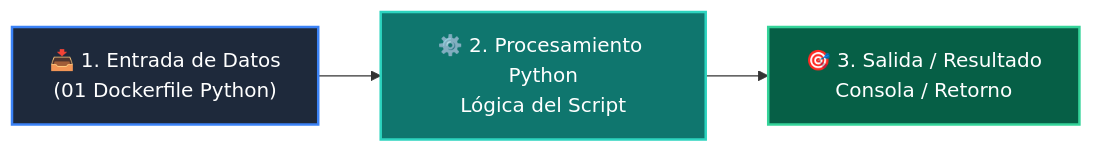
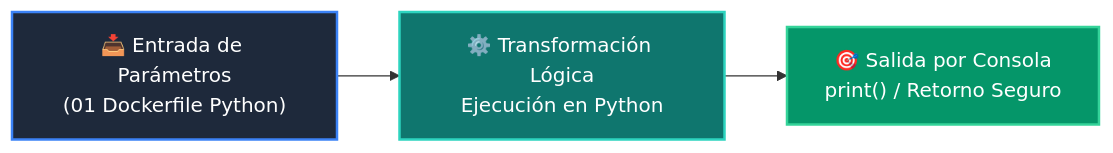
One commit to wisrovi/wisrovi-python changed the diagram in 04-proyecto-final/clase-07-docker-y-compose/ejemplos/ejemplo_01_dockerfile_python/README.md. Above: the diagram before and after it, drawn with Mermaid. The commit also changed other lines of this file and 226 other files, not shown here.

Commit message:
docs: elevate all repository READMEs to world-class mastery standard with rich pedagogical architecture, custom Mermaids, and professional styling

````diff
--- a/04-proyecto-final/clase-07-docker-y-compose/ejemplos/ejemplo_01_dockerfile_python/README.md
+++ b/04-proyecto-final/clase-07-docker-y-compose/ejemplos/ejemplo_01_dockerfile_python/README.md
@@ -12,9 +19,9 @@
 ```mermaid
 flowchart LR
-    A["📥 1. Entrada de Datos<br/>(01 Dockerfile Python)"] --> B["⚙️ 2. Procesamiento Python<br/>Lógica del Script"]
-    B --> C["🎯 3. Salida / Resultado<br/>Consola / Retorno"]
+    A["📥 Entrada de Parámetros<br/>(01 Dockerfile Python)"] --> B["⚙️ Transformación Lógica<br/>Ejecución en Python"]
+    B --> C["🎯 Salida por Consola<br/>print() / Retorno Seguro"]
 
-    style A fill:#1e293b,color:#fff,stroke:#3b82f6,stroke-width:2px
-    style B fill:#0f766e,color:#fff,stroke:#2dd4bf,stroke-width:2px
-    style C fill:#065f46,color:#fff,stroke:#34d399,stroke-width:2px
+    style A fill:#1e293b,color:#ffffff,stroke:#3b82f6,stroke-width:2px
+    style B fill:#0f766e,color:#ffffff,stroke:#2dd4bf,stroke-width:2px
+    style C fill:#059669,color:#ffffff,stroke:#34d399,stroke-width:2px
 ```
````
